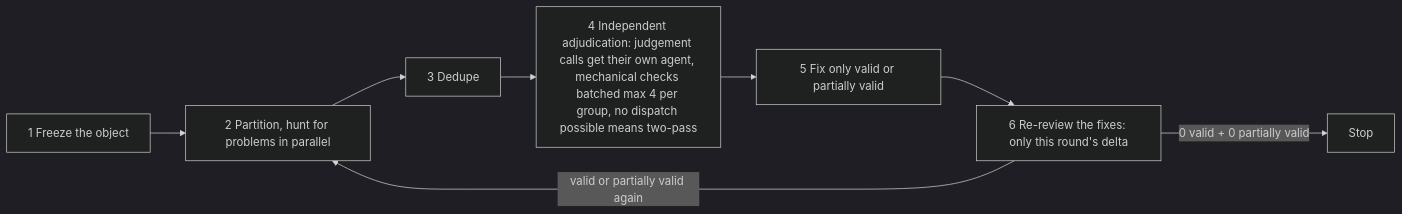
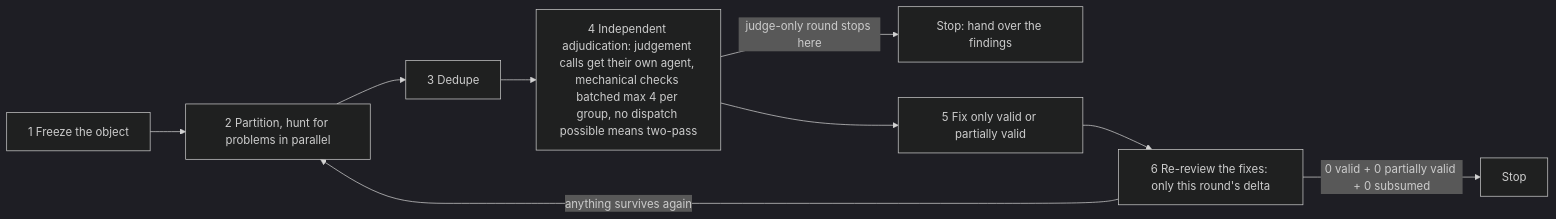
The diagram in skills/engineering/adversarial-review-loop/SKILL.md (CaffreySun/skills), drawn with Mermaid (dark theme) before and after one commit. The commit also changed other lines of this file and 9 other files, not shown here.

````diff
--- a/skills/engineering/adversarial-review-loop/SKILL.md
+++ b/skills/engineering/adversarial-review-loop/SKILL.md
@@ -43,10 +44,11 @@
 ```mermaid
 flowchart LR
   A[1 Freeze the object] --> B[2 Partition, hunt for problems in parallel]
   B --> C[3 Dedupe]
   C --> D[4 Independent adjudication: judgement calls get their own agent, mechanical checks batched max 4 per group, no dispatch possible means two-pass]
+  D -->|judge-only round stops here| H[Stop: hand over the findings]
   D --> E[5 Fix only valid or partially valid]
   E --> F[6 Re-review the fixes: only this round's delta]
-  F -->|0 valid + 0 partially valid| G[Stop]
-  F -->|valid or partially valid again| B
+  F -->|0 valid + 0 partially valid + 0 subsumed| G[Stop]
+  F -->|anything survives again| B
 ```
````
